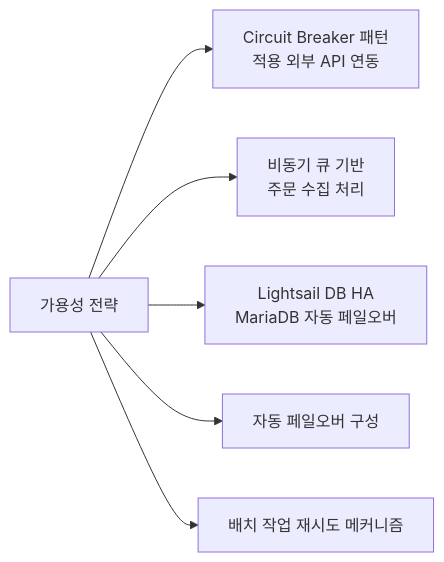
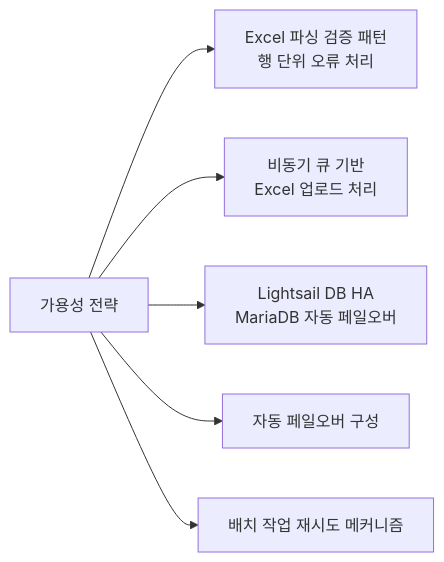
The third of 6 diagrams in src/content/docs/goodthinking-isp/04-design/utility-tree.md (sknkwoxs/manual-book), drawn with Mermaid before and after one commit. The commit also changed other lines of this file and 17 other files, not shown here.

First line of the commit message:
docs(goodthinking-isp): Phase 3.5-5 — Mermaid 수정, 외부 API→Excel 템플릿 전환, 개인정보 보호 모듈 강화

````diff
--- a/src/content/docs/goodthinking-isp/04-design/utility-tree.md
+++ b/src/content/docs/goodthinking-isp/04-design/utility-tree.md
@@ -190,15 +190,15 @@
 ```mermaid
 graph LR
     A["가용성 전략"]
-    B["Circuit Breaker 패턴<br/>적용 외부 API 연동"]
-    C["비동기 큐 기반<br/>주문 수집 처리"]
+    B["Excel 파싱 검증 패턴<br/>행 단위 오류 처리"]
+    C["비동기 큐 기반<br/>Excel 업로드 처리"]
     D["Lightsail DB HA<br/>MariaDB 자동 페일오버"]
     E["자동 페일오버 구성"]
     F["배치 작업 재시도 메커니즘"]
     
     A --> B
     A --> C
     A --> D
     A --> E
     A --> F
 ```
````
